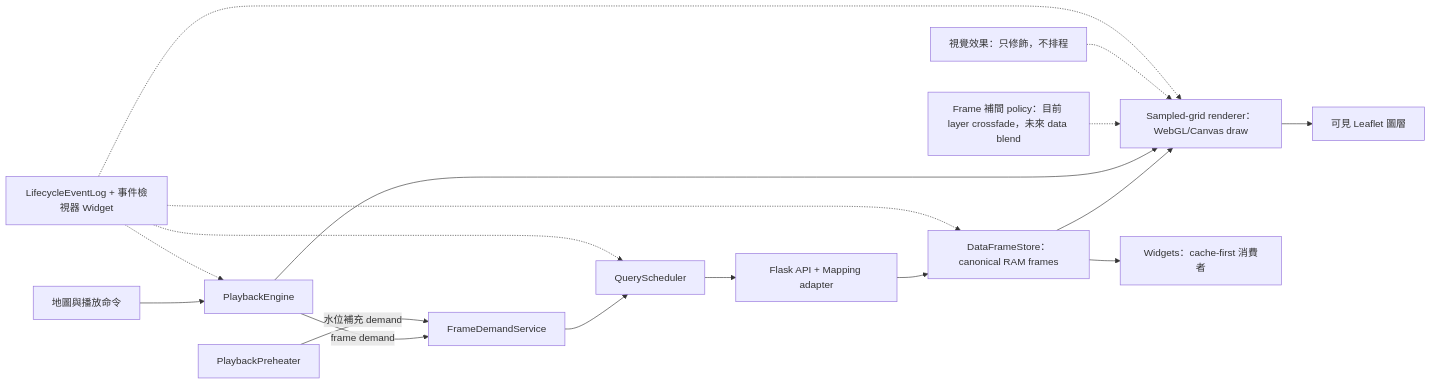
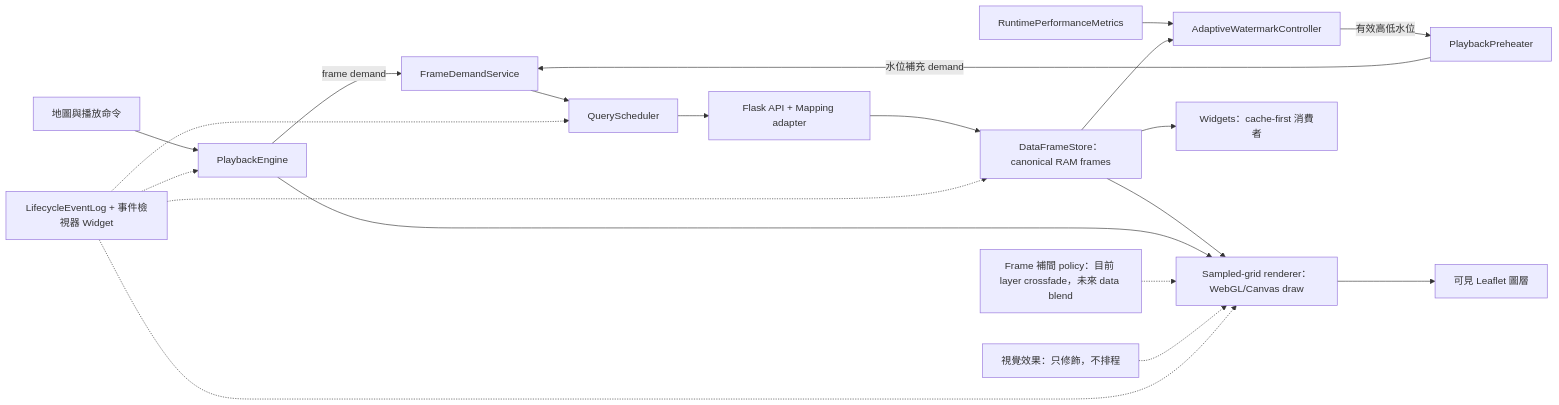
The second of 5 diagrams in README.zh-TW.md (Kagamihara-Ruruka/gfw-flask-mysql-adapter), drawn with Mermaid before and after one commit. The commit also changed other lines of this file and 27 other files, not shown here.

````diff
--- a/README.zh-TW.md
+++ b/README.zh-TW.md
@@ -218,19 +223,22 @@
 ```mermaid
 flowchart LR
   UI["地圖與播放命令"] --> Engine["PlaybackEngine"]
   Engine -->|"frame demand"| Demand["FrameDemandService"]
   Preheater["PlaybackPreheater"] -->|"水位補充 demand"| Demand
+  Metrics["RuntimePerformanceMetrics"] --> Watermark["AdaptiveWatermarkController"]
+  Store --> Watermark
+  Watermark -->|"有效高低水位"| Preheater
   Demand --> Scheduler["QueryScheduler"]
   Scheduler --> Adapter["Flask API + Mapping adapter"]
   Adapter --> Store["DataFrameStore：canonical RAM frames"]
   Store --> Renderer["Sampled-grid renderer：WebGL/Canvas draw"]
   Store --> Widgets["Widgets：cache-first 消費者"]
   Engine --> Renderer
   Interp["Frame 補間 policy：目前 layer crossfade，未來 data blend"] -.-> Renderer
   Effects["視覺效果：只修飾，不排程"] -.-> Renderer
   Renderer --> Map["可見 Leaflet 圖層"]
   Events["LifecycleEventLog + 事件檢視器 Widget"] -.-> Engine
   Events -.-> Scheduler
   Events -.-> Store
   Events -.-> Renderer
 ```
````
